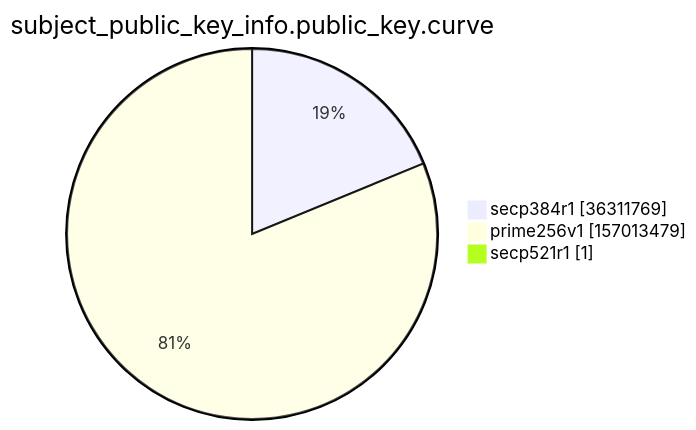
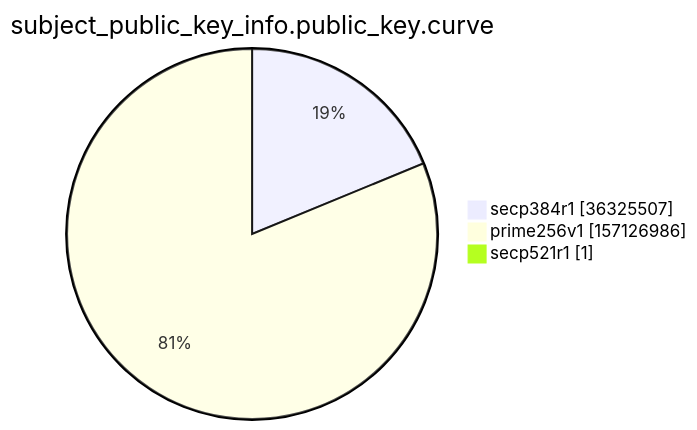
The ninth of 15 diagrams in argon2022/README.md (christiankrug/ctmonitor_visualization), drawn with Mermaid before and after one commit. The commit also changed other lines of this file, not shown here.

````diff
--- a/argon2022/README.md
+++ b/argon2022/README.md
@@ -2766,7 +2766,7 @@
 ```mermaid
 pie showData
 title subject_public_key_info.public_key.curve
-"secp384r1" :36311769
-"prime256v1" :157013479
+"secp384r1" :36325507
+"prime256v1" :157126986
 "secp521r1" :1
 ```
````
